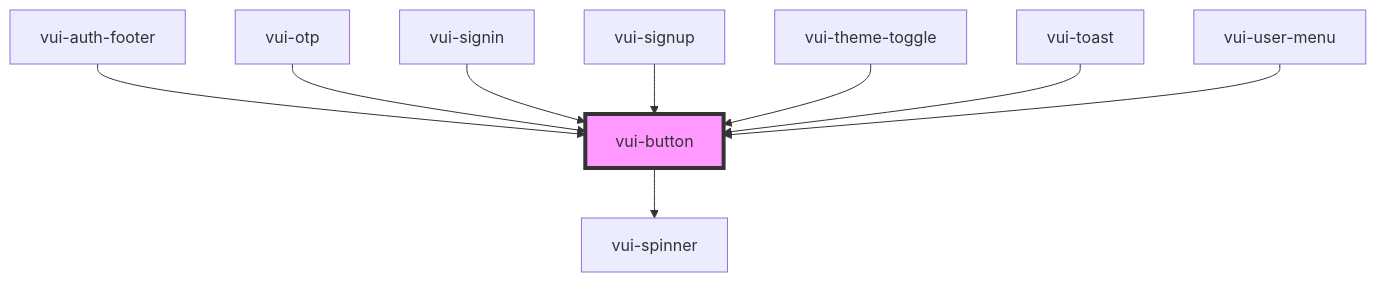
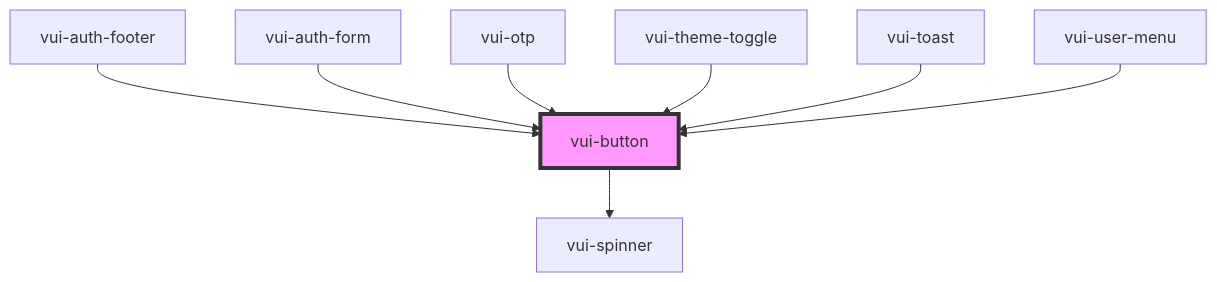
The diagram in packages/stencil-library/src/components/button/readme.md (verite-team/verite-elements), drawn with Mermaid before and after one commit. The commit also changed other lines of this file and 29 other files, not shown here.

````diff
--- a/packages/stencil-library/src/components/button/readme.md
+++ b/packages/stencil-library/src/components/button/readme.md
@@ -52,12 +51,11 @@
 ```mermaid
 graph TD;
   vui-button --> vui-spinner
   vui-auth-footer --> vui-button
+  vui-auth-form --> vui-button
   vui-otp --> vui-button
-  vui-signin --> vui-button
-  vui-signup --> vui-button
   vui-theme-toggle --> vui-button
   vui-toast --> vui-button
   vui-user-menu --> vui-button
   style vui-button fill:#f9f,stroke:#333,stroke-width:4px
 ```
````
